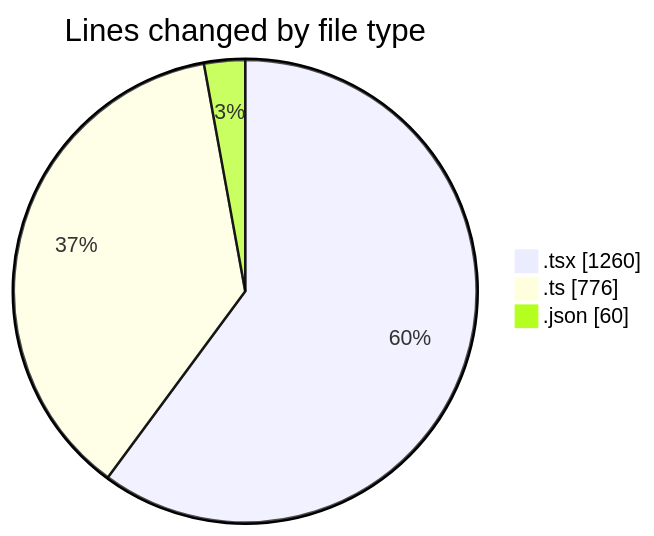
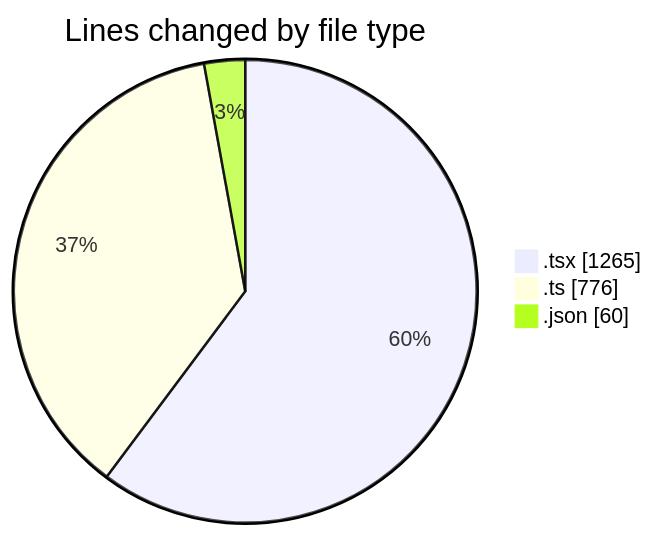
Before and after one commit to nxtqubesakshisongat/code-tracking: the first of 2 diagrams in 2026-04-20/airfeed-analytics-dashboard/README.md, drawn with Mermaid. The commit also changed other lines of this file and 1 other file, not shown here.

````diff
--- a/2026-04-20/airfeed-analytics-dashboard/README.md
+++ b/2026-04-20/airfeed-analytics-dashboard/README.md
@@ -30,7 +30,7 @@
 ```mermaid
 pie showData
 title Lines changed by file type
-".tsx" : 1260
+".tsx" : 1265
 ".ts" : 776
 ".json" : 60
 ```
````
